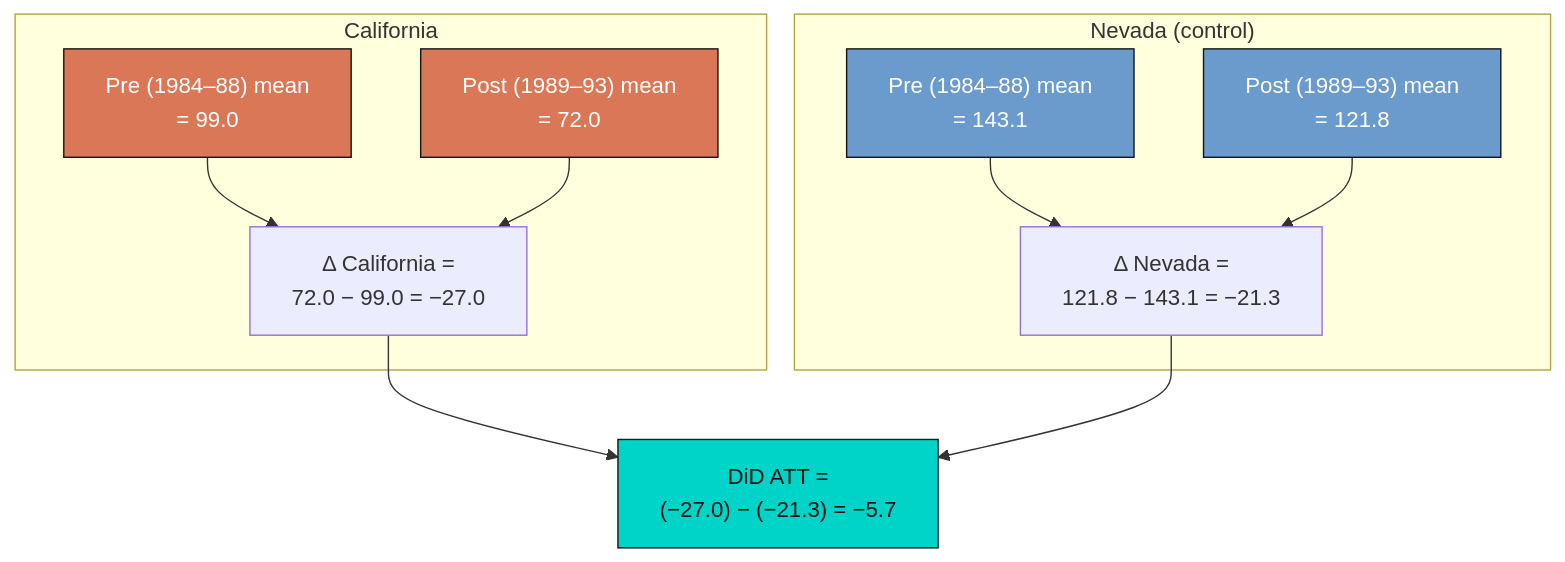
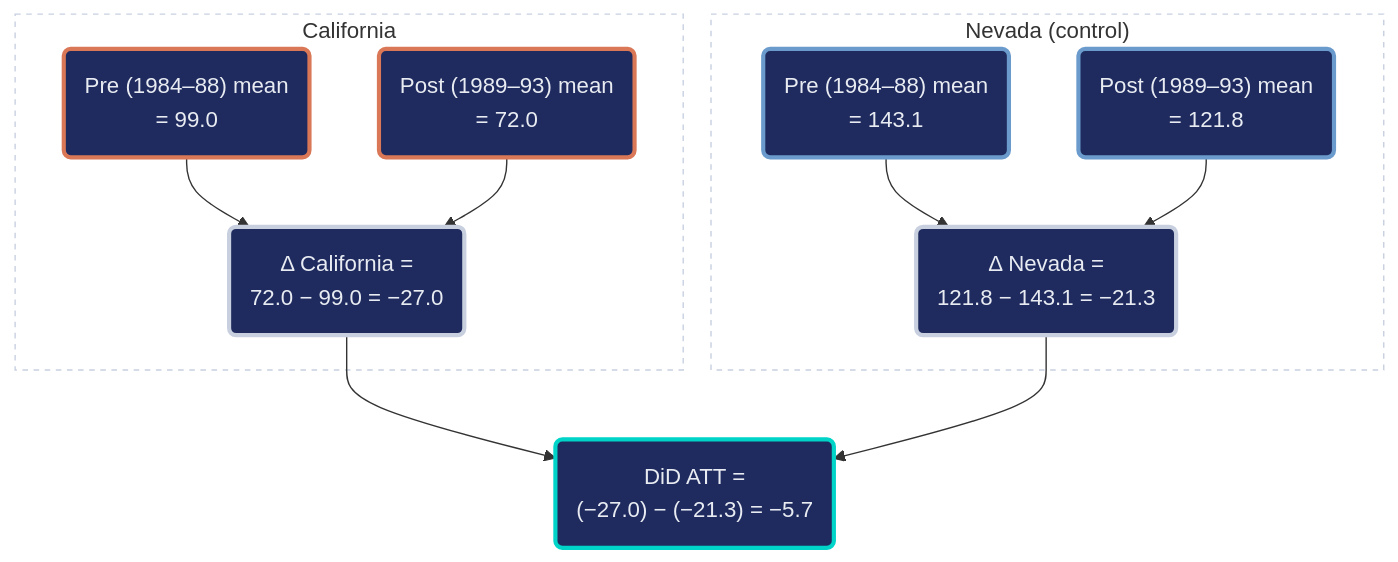
Before and after one commit to cmg777/starter-academic-v501: the third of 5 diagrams in content/post/r_causalpolicy_workshop/tutorial.qmd, drawn with Mermaid. The commit also changed other lines of this file and 42 other files, not shown here.

First line of the commit message:
content(mermaid): restyle Mermaid copies in tutorial sources and the LaLonde slide deck

````diff
--- a/content/post/r_causalpolicy_workshop/tutorial.qmd
+++ b/content/post/r_causalpolicy_workshop/tutorial.qmd
@@ -409,19 +414,23 @@
 ```{mermaid}
 flowchart TB
-    subgraph "California"
-        CA_pre["Pre (1984–88) mean<br/>= 99.0"] --> CA_d["Δ California =<br/>72.0 − 99.0 = −27.0"]
-        CA_post["Post (1989–93) mean<br/>= 72.0"] --> CA_d
+    subgraph SG1["California"]
+        CA_pre("Pre (1984–88) mean<br/>= 99.0") --> CA_d("Δ California =<br/>72.0 − 99.0 = −27.0")
+        CA_post("Post (1989–93) mean<br/>= 72.0") --> CA_d
     end
-    subgraph "Nevada (control)"
-        NV_pre["Pre (1984–88) mean<br/>= 143.1"] --> NV_d["Δ Nevada =<br/>121.8 − 143.1 = −21.3"]
-        NV_post["Post (1989–93) mean<br/>= 121.8"] --> NV_d
+    subgraph SG2["Nevada (control)"]
+        NV_pre("Pre (1984–88) mean<br/>= 143.1") --> NV_d("Δ Nevada =<br/>121.8 − 143.1 = −21.3")
+        NV_post("Post (1989–93) mean<br/>= 121.8") --> NV_d
     end
-    CA_d --> DD["DiD ATT =<br/>(−27.0) − (−21.3) = −5.7"]
+    CA_d --> DD("DiD ATT =<br/>(−27.0) − (−21.3) = −5.7")
     NV_d --> DD
-
-    style CA_pre fill:#d97757,stroke:#141413,color:#fff
-    style CA_post fill:#d97757,stroke:#141413,color:#fff
-    style NV_pre fill:#6a9bcc,stroke:#141413,color:#fff
-    style NV_post fill:#6a9bcc,stroke:#141413,color:#fff
-    style DD fill:#00d4c8,stroke:#141413,color:#141413
+    style SG1 fill:none,stroke:#c8d0e0,stroke-width:1px,stroke-dasharray:4 4
+    style SG2 fill:none,stroke:#c8d0e0,stroke-width:1px,stroke-dasharray:4 4
+    classDef orange fill:#1f2b5e,stroke:#d97757,stroke-width:3px,color:#e8ecf2
+    classDef gray fill:#1f2b5e,stroke:#c8d0e0,stroke-width:3px,color:#e8ecf2
+    classDef blue fill:#1f2b5e,stroke:#6a9bcc,stroke-width:3px,color:#e8ecf2
+    classDef teal fill:#1f2b5e,stroke:#00d4c8,stroke-width:3px,color:#e8ecf2
+    class CA_pre,CA_post orange
+    class CA_d,NV_d gray
+    class NV_pre,NV_post blue
+    class DD teal
 ```
````
